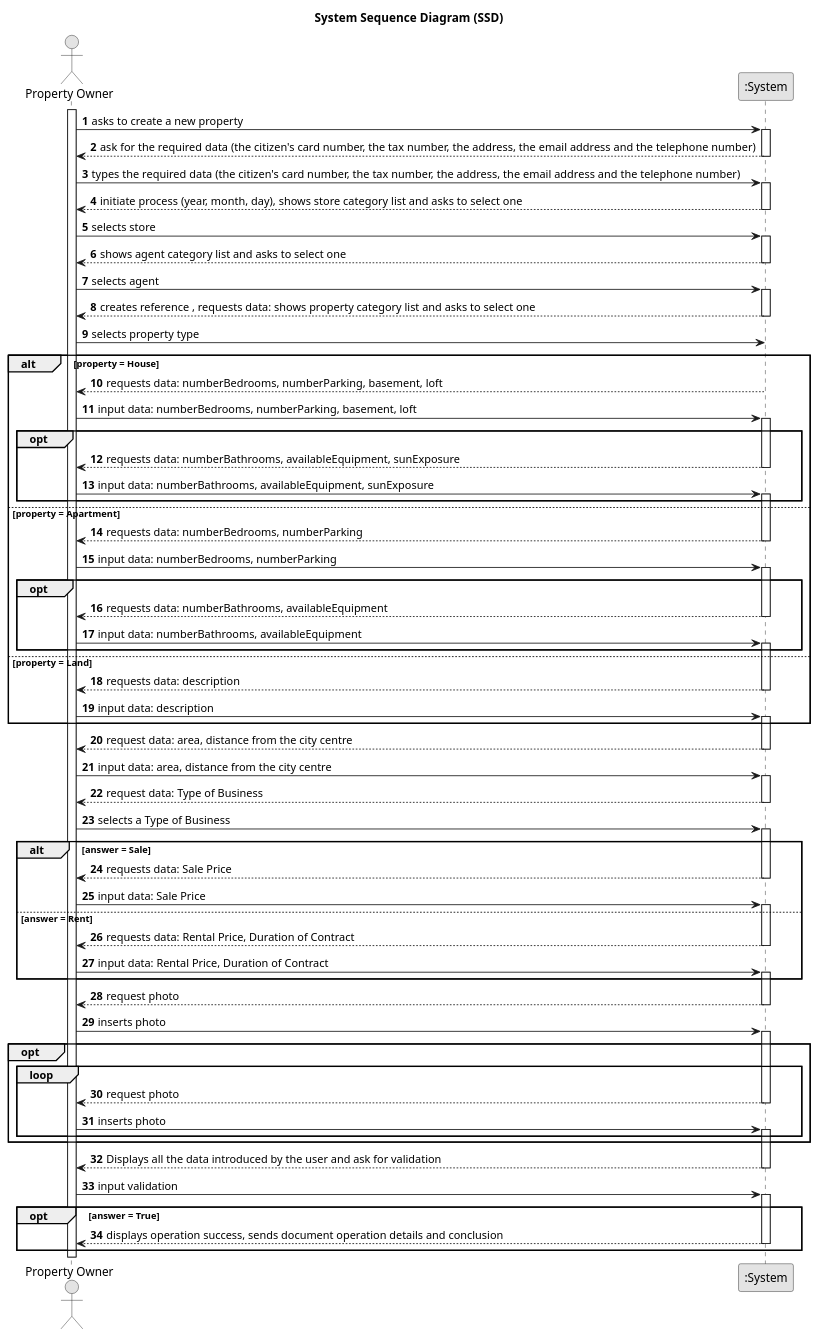
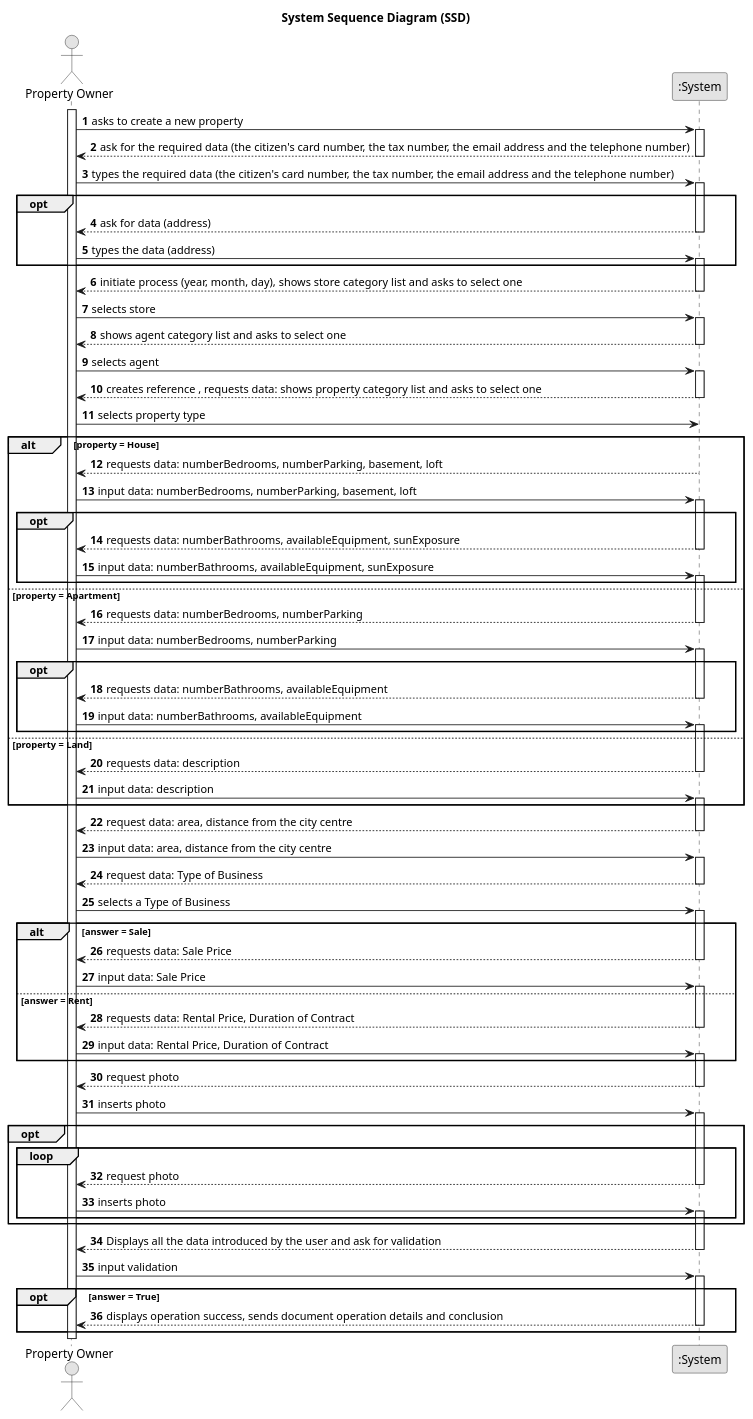
The diagram in docs/sprintA/us004/01.requirements-engineering/puml/us004-system-sequence-diagram.puml (PEDROMOREIRA45/lei-23-s2-1dg-g31), drawn with PlantUML before and after one commit. The commit also changed 2 other files, not shown here.

```diff
--- a/docs/sprintA/us004/01.requirements-engineering/puml/us004-system-sequence-diagram.puml
+++ b/docs/sprintA/us004/01.requirements-engineering/puml/us004-system-sequence-diagram.puml
@@ -1,135 +1,144 @@
 @startuml
 skinparam monochrome true
 skinparam packageStyle rectangle
 skinparam shadowing false
 
 title System Sequence Diagram (SSD)
 
 autonumber
 
 actor "Property Owner" as User
 participant ":System" as System
 
 activate User
 
         User -> System : asks to create a new property
     activate System
 
-        System --> User :ask for the required data (the citizen's card number, the tax number, the address, the email address and the telephone number)
+        System --> User :ask for the required data (the citizen's card number, the tax number, the email address and the telephone number)
     deactivate System
 
-        User -> System : types the required data (the citizen's card number, the tax number, the address, the email address and the telephone number)
+        User -> System : types the required data (the citizen's card number, the tax number, the email address and the telephone number)
     activate System
+
+    group opt
+
+    System --> User :ask for data (address)
+        deactivate System
+
+            User -> System : types the data (address)
+        activate System
+    end
 
 	    System --> User :initiate process (year, month, day), shows store category list and asks to select one
     deactivate System
 
         User -> System : selects store
     activate System
 
 	    System --> User : shows agent category list and asks to select one
     deactivate System
 
         User -> System : selects agent
     activate System
 
 	    System --> User : creates reference , requests data: shows property category list and asks to select one
     deactivate System
 
         User -> System : selects property type
 
 
     alt property = House
             System --> User : requests data: numberBedrooms, numberParking, basement, loft
         deactivate System
 
                 User -> System : input data: numberBedrooms, numberParking, basement, loft
         activate System
 
             group opt
                 System --> User : requests data: numberBathrooms, availableEquipment, sunExposure
                 deactivate System
 
                 User -> System : input data: numberBathrooms, availableEquipment, sunExposure
                 activate System
             end
 
     else property = Apartment
                 System --> User : requests data: numberBedrooms, numberParking
             deactivate System
 
                     User -> System : input data: numberBedrooms, numberParking
             activate System
 
             group opt
                     System --> User : requests data: numberBathrooms, availableEquipment
                     deactivate System
 
                     User -> System : input data: numberBathrooms, availableEquipment
                     activate System
             end
 
     else property = Land
                     System --> User : requests data: description
                 deactivate System
 
                         User -> System : input data: description
                 activate System
     end
 
         System --> User : request data: area, distance from the city centre
     deactivate System
 
         User -> System : input data: area, distance from the city centre
     activate System
 
 	    System --> User : request data: Type of Business
     deactivate System
 
         User -> System : selects a Type of Business
     activate System
 
     alt answer = Sale
         System --> User : requests data: Sale Price
     deactivate System
 
         User -> System : input data: Sale Price
         activate System
 
 
     else answer = Rent
                         System --> User : requests data: Rental Price, Duration of Contract
                     deactivate System
 
                             User -> System : input data: Rental Price, Duration of Contract
                     activate System
     end
                 System --> User : request photo
         deactivate System
 
     	        User -> System : inserts photo
         activate System
     group opt
     loop
             System --> User : request photo
     deactivate System
 
 	        User -> System : inserts photo
     activate System
 
     end
 
     end
             System --> User : Displays all the data introduced by the user and ask for validation
     deactivate System
 
             User -> System : input validation
     activate System
 
     group opt [answer = True]
             System --> User : displays operation success, sends document operation details and conclusion
         deactivate System
     end
 
 
 @enduml
```
